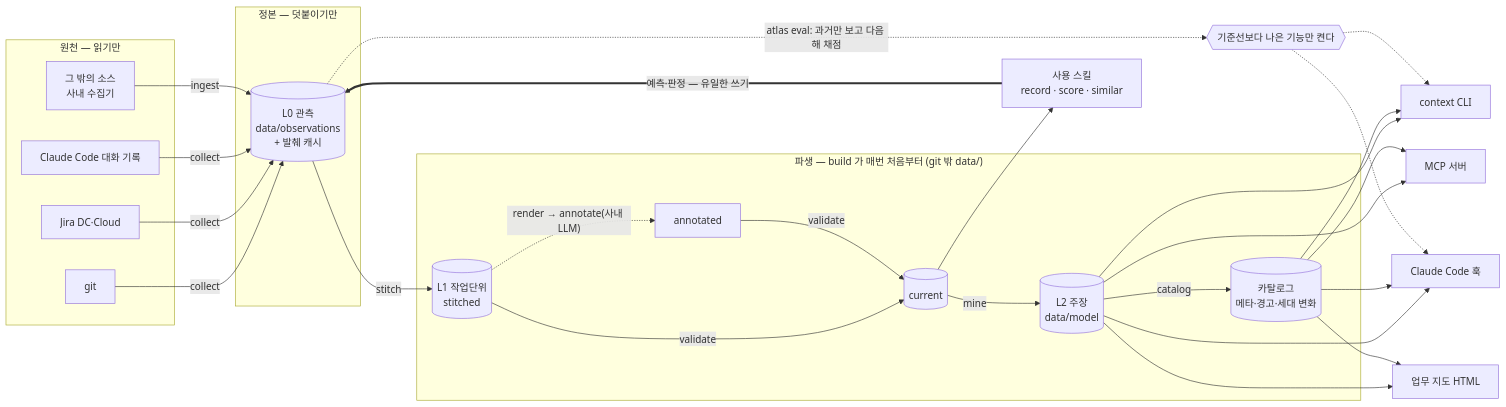
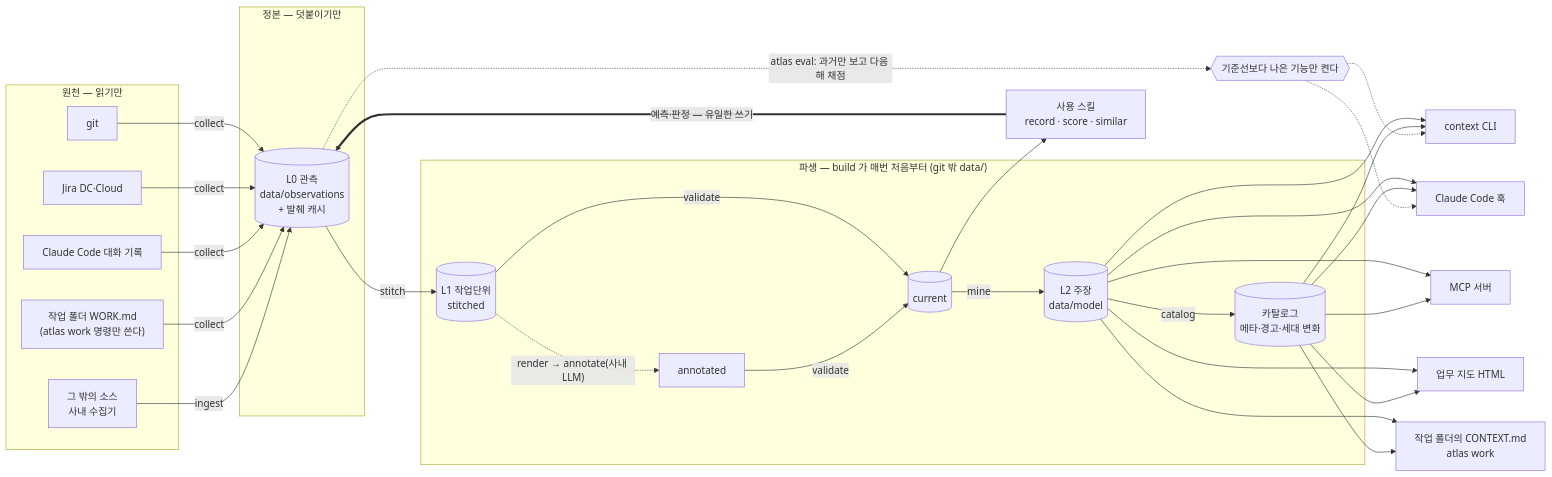
One commit to d-j-lee/work-atlas changed the first of 3 diagrams in ARCHITECTURE.md. Above: the diagram before and after it, drawn with Mermaid. The commit also changed other lines of this file and 30 other files, not shown here.

````diff
--- a/ARCHITECTURE.md
+++ b/ARCHITECTURE.md
@@ -9,28 +9,28 @@
 ```mermaid
 flowchart LR
   subgraph SRC["원천 — 읽기만"]
-    G[git] & J[Jira DC·Cloud] & CC[Claude Code 대화 기록] & X[그 밖의 소스<br/>사내 수집기]
+    G[git] & J[Jira DC·Cloud] & CC[Claude Code 대화 기록] & WS["작업 폴더 WORK.md<br/>(atlas work 명령만 쓴다)"] & X[그 밖의 소스<br/>사내 수집기]
   end
   subgraph CANON["정본 — 덧붙이기만"]
     L0[("L0 관측<br/>data/observations<br/>+ 발췌 캐시")]
   end
   subgraph DER["파생 — build 가 매번 처음부터 (git 밖 data/)"]
     L1[("L1 작업단위<br/>stitched")]
     AN[annotated]
     CUR[("current")]
     L2[("L2 주장<br/>data/model")]
     META[("카탈로그<br/>메타·경고·세대 변화")]
   end
-  G & J & CC -->|collect| L0
+  G & J & CC & WS -->|collect| L0
   X -->|ingest| L0
   L0 -->|stitch| L1
   L1 -.->|"render → annotate(사내 LLM)"| AN
   L1 & AN -->|validate| CUR
   CUR -->|mine| L2
   L2 -->|catalog| META
-  L2 & META --> CTX[context CLI] & HK[Claude Code 훅] & MCP[MCP 서버] & RP[업무 지도 HTML]
+  L2 & META --> CTX[context CLI] & HK[Claude Code 훅] & MCP[MCP 서버] & RP[업무 지도 HTML] & WF[작업 폴더의 CONTEXT.md<br/>atlas work]
   CUR --> SK[사용 스킬<br/>record · score · similar]
   SK ==>|"예측·판정 — 유일한 쓰기"| L0
   L0 -.->|"atlas eval: 과거만 보고 다음 해 채점"| EV{{"기준선보다 나은 기능만 켠다"}}
   EV -.-> CTX & HK
 ```
````
